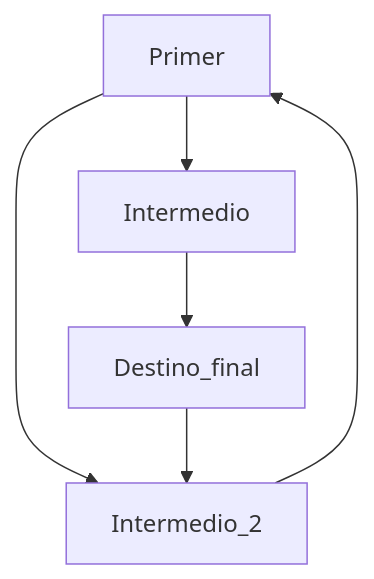
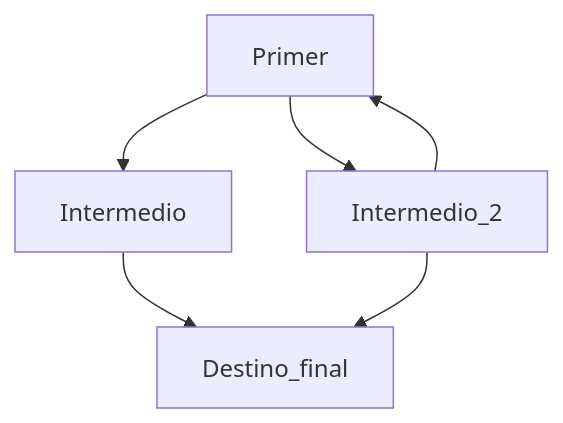
The diagram in README.md (Mestosc/Primer_readme), drawn with Mermaid before and after one commit.

Commit message:
Update README.md
Mejora a la conexion hecha en el grafo

````diff
--- a/README.md
+++ b/README.md
@@ -8,8 +8,8 @@
 ```mermaid
 graph TD;
     Primer-->Intermedio;
     Primer-->Intermedio_2;
     Intermedio-->Destino_final;
     Intermedio_2-->Primer;
-    Destino_final-->Intermedio_2;
+    Intermedio_2-->Destino_final;
 ```
````
